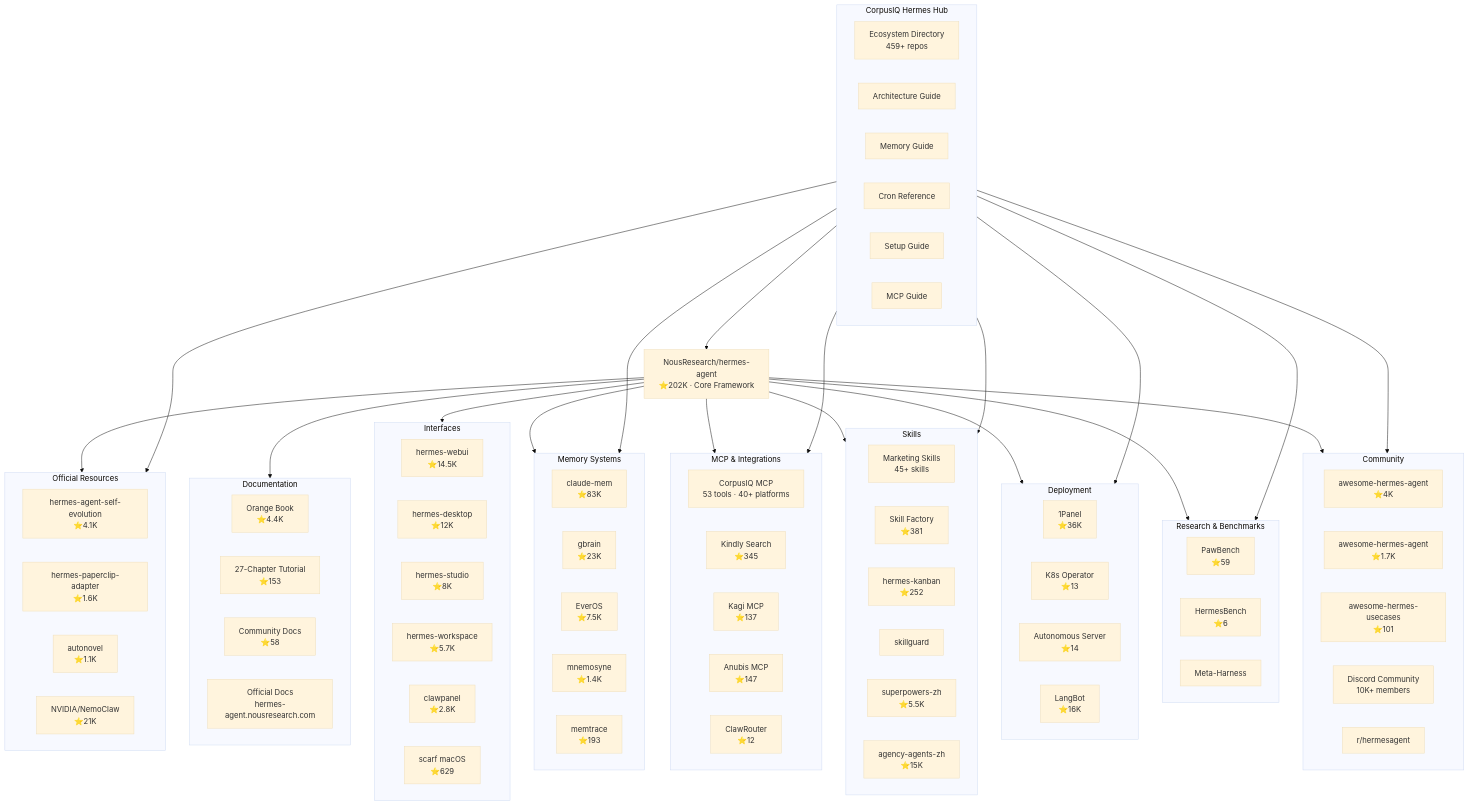
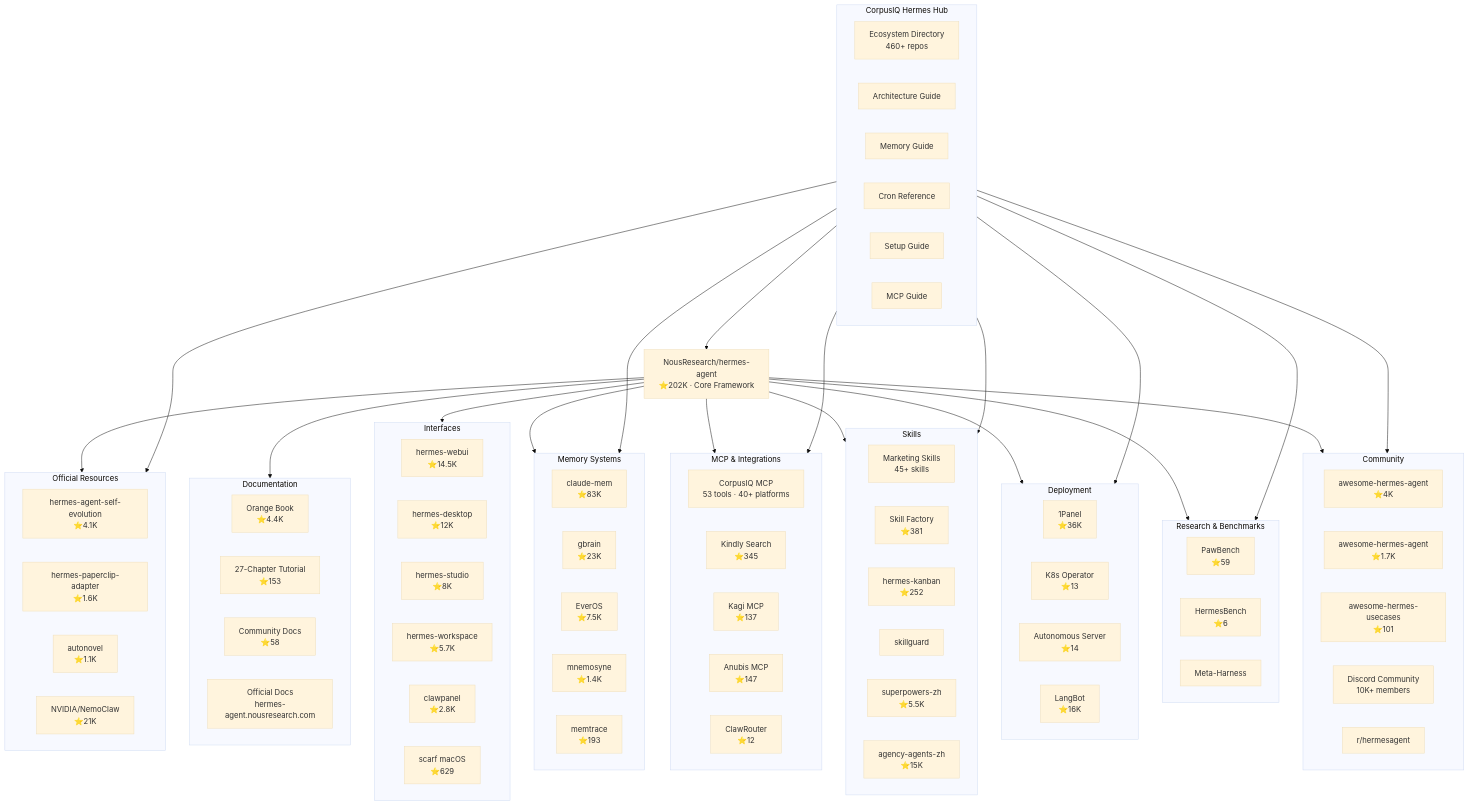
Before and after one commit to CorpusIQ/corpusiq-docs: the first of 4 diagrams in hermes/ecosystem-map.md, drawn with Mermaid (base theme). The commit also changed other lines of this file and 36 other files, not shown here.

```diff
--- a/hermes/ecosystem-map.md
+++ b/hermes/ecosystem-map.md
@@ -88,7 +88,7 @@
     end
 
     subgraph CORPUSIQ_HUB[CorpusIQ Hermes Hub]
-        ECOSYSTEM[Ecosystem Directory<br/>459+ repos]
+        ECOSYSTEM[Ecosystem Directory<br/>460+ repos]
         ARCHITECTURE[Architecture Guide]
         KNOWLEDGE[Memory Guide]
         CRONS[Cron Reference]
```
